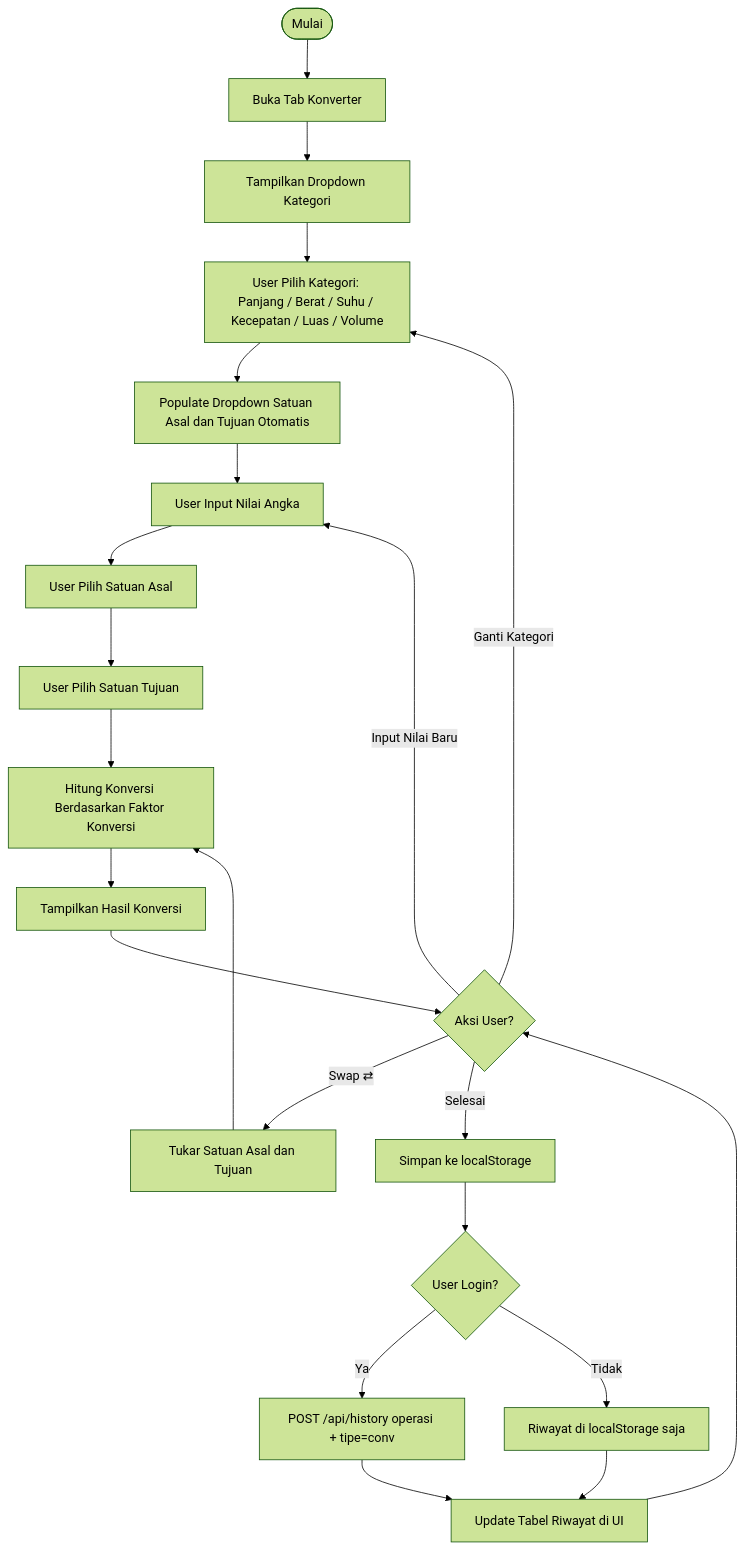
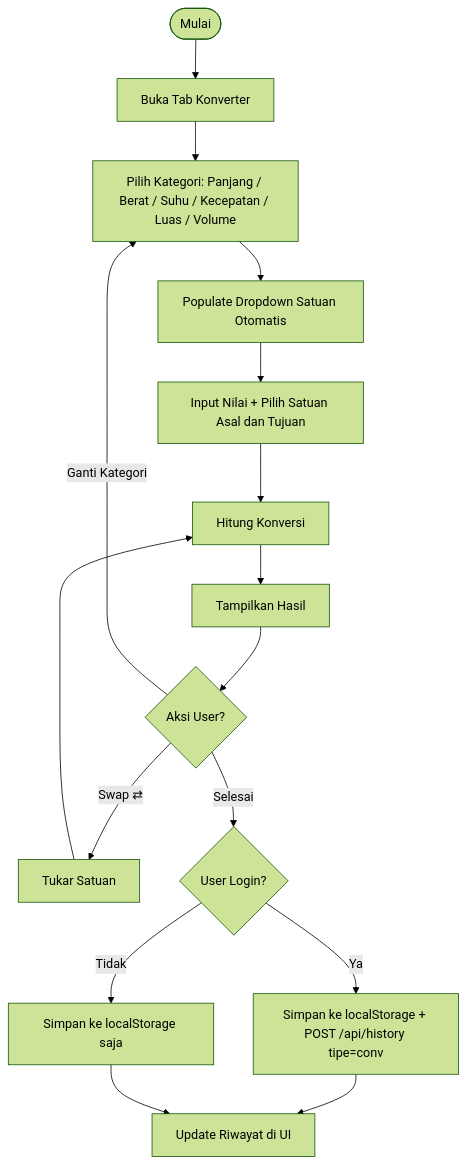
Before and after one commit to falcon-ioi/Caclcon: the third of 15 diagrams in e-concalc-web/README.md, drawn with Mermaid (forest theme). The commit also changed other lines of this file, not shown here.

Commit message:
docs: simplify activity diagrams - 6 concise diagrams retaining core flows

````diff
--- a/e-concalc-web/README.md
+++ b/e-concalc-web/README.md
@@ -186,26 +158,17 @@
 ```mermaid
 flowchart TD
     A([Mulai]) --> B[Buka Tab Konverter]
-    B --> C[Tampilkan Dropdown Kategori]
-    C --> D[User Pilih Kategori: Panjang / Berat / Suhu / Kecepatan / Luas / Volume]
-    D --> E[Populate Dropdown Satuan Asal dan Tujuan Otomatis]
-    E --> F[User Input Nilai Angka]
-    F --> G[User Pilih Satuan Asal]
-    G --> H[User Pilih Satuan Tujuan]
-    H --> I[Hitung Konversi Berdasarkan Faktor Konversi]
-    I --> J[Tampilkan Hasil Konversi]
-
-    J --> K{Aksi User?}
-    K -- Swap ⇄ --> L[Tukar Satuan Asal dan Tujuan]
-    L --> I
-    K -- Ganti Kategori --> D
-    K -- Input Nilai Baru --> F
-    K -- Selesai --> M[Simpan ke localStorage]
-
-    M --> N{User Login?}
-    N -- Ya --> O[POST /api/history operasi + tipe=conv]
-    N -- Tidak --> P[Riwayat di localStorage saja]
-    O --> Q[Update Tabel Riwayat di UI]
-    P --> Q
-    Q --> K
+    B --> C[Pilih Kategori: Panjang / Berat / Suhu / Kecepatan / Luas / Volume]
+    C --> D[Populate Dropdown Satuan Otomatis]
+    D --> E[Input Nilai + Pilih Satuan Asal dan Tujuan]
+    E --> F[Hitung Konversi]
+    F --> G[Tampilkan Hasil]
+    G --> H{Aksi User?}
+    H -- Swap ⇄ --> I[Tukar Satuan] --> F
+    H -- Ganti Kategori --> C
+    H -- Selesai --> J{User Login?}
+    J -- Ya --> K[Simpan ke localStorage + POST /api/history tipe=conv]
+    J -- Tidak --> L[Simpan ke localStorage saja]
+    K --> M[Update Riwayat di UI]
+    L --> M
 ```
````
